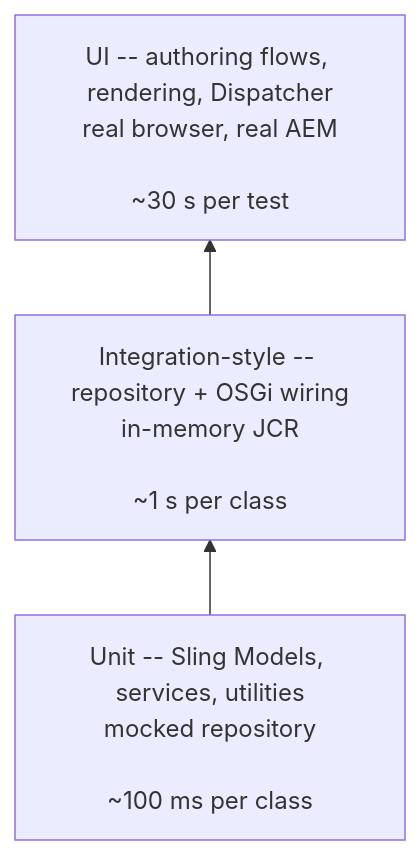
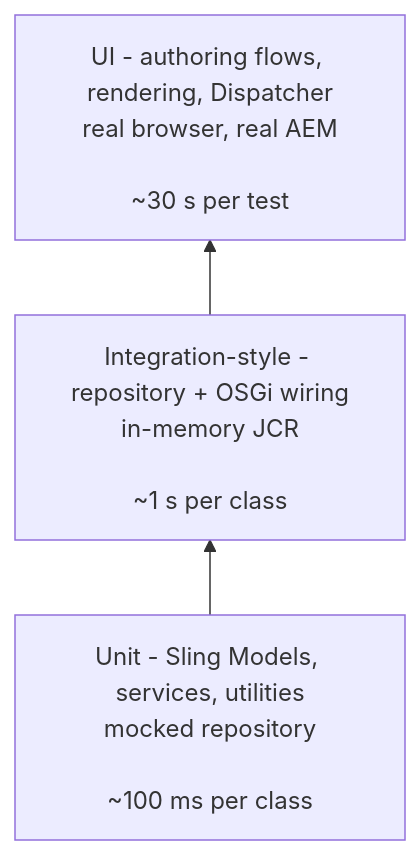
The diagram in docs/aem/infrastructure/testing.mdx (LucaNerlich/lucanerlich.com), drawn with Mermaid before and after one commit. The commit also changed other lines of this file and 226 other files, not shown here.

````diff
--- a/docs/aem/infrastructure/testing.mdx
+++ b/docs/aem/infrastructure/testing.mdx
@@ -19,7 +19,7 @@
 ```mermaid
 flowchart BT
-    A[Unit -- Sling Models, services, utilities<br/>mocked repository<br/><br/>~100 ms per class]
-    B[Integration-style -- repository + OSGi wiring<br/>in-memory JCR<br/><br/>~1 s per class]
-    C[UI -- authoring flows, rendering, Dispatcher<br/>real browser, real AEM<br/><br/>~30 s per test]
+    A[Unit - Sling Models, services, utilities<br/>mocked repository<br/><br/>~100 ms per class]
+    B[Integration-style - repository + OSGi wiring<br/>in-memory JCR<br/><br/>~1 s per class]
+    C[UI - authoring flows, rendering, Dispatcher<br/>real browser, real AEM<br/><br/>~30 s per test]
     A --> B --> C
 ```
````
